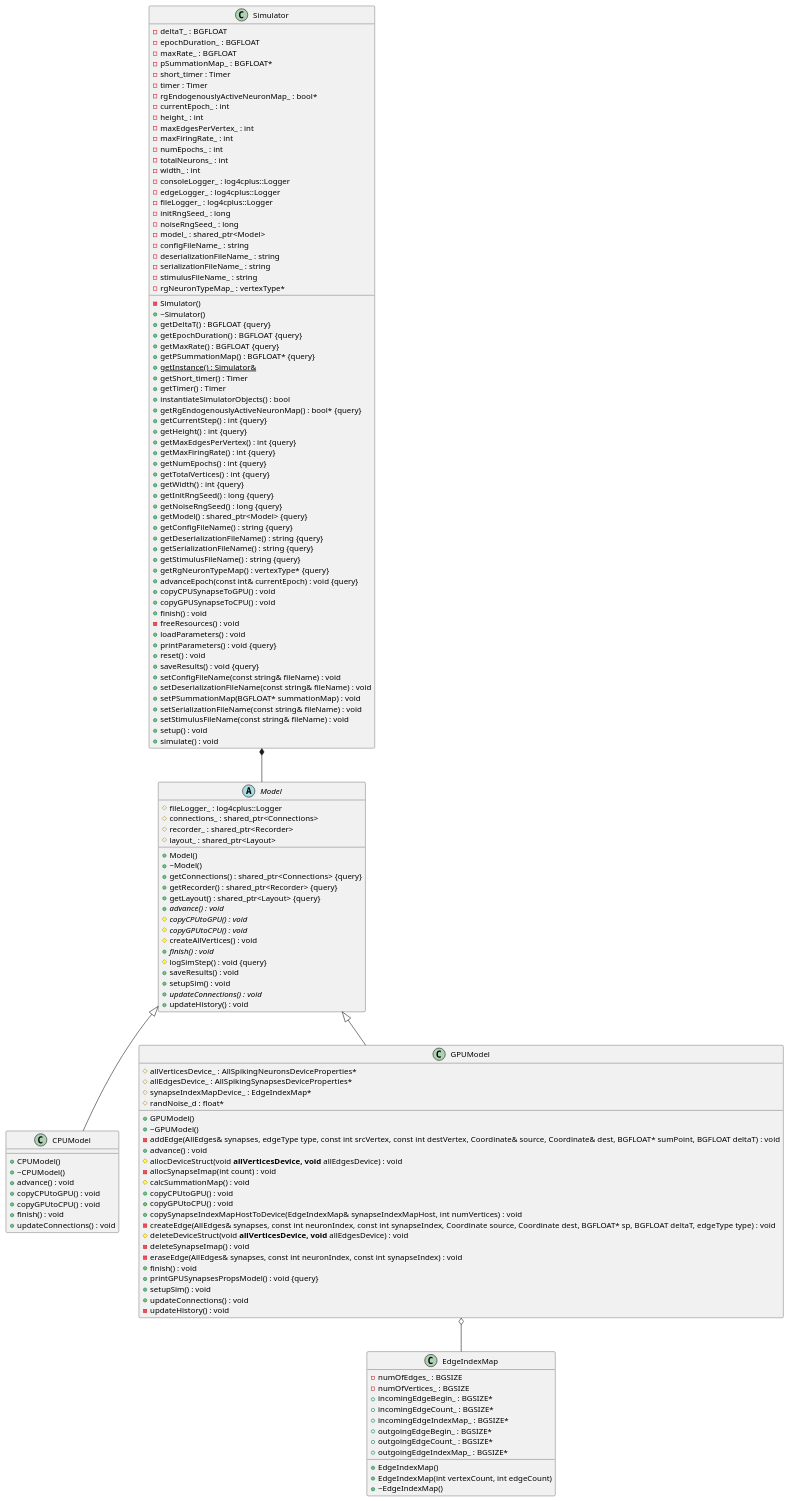
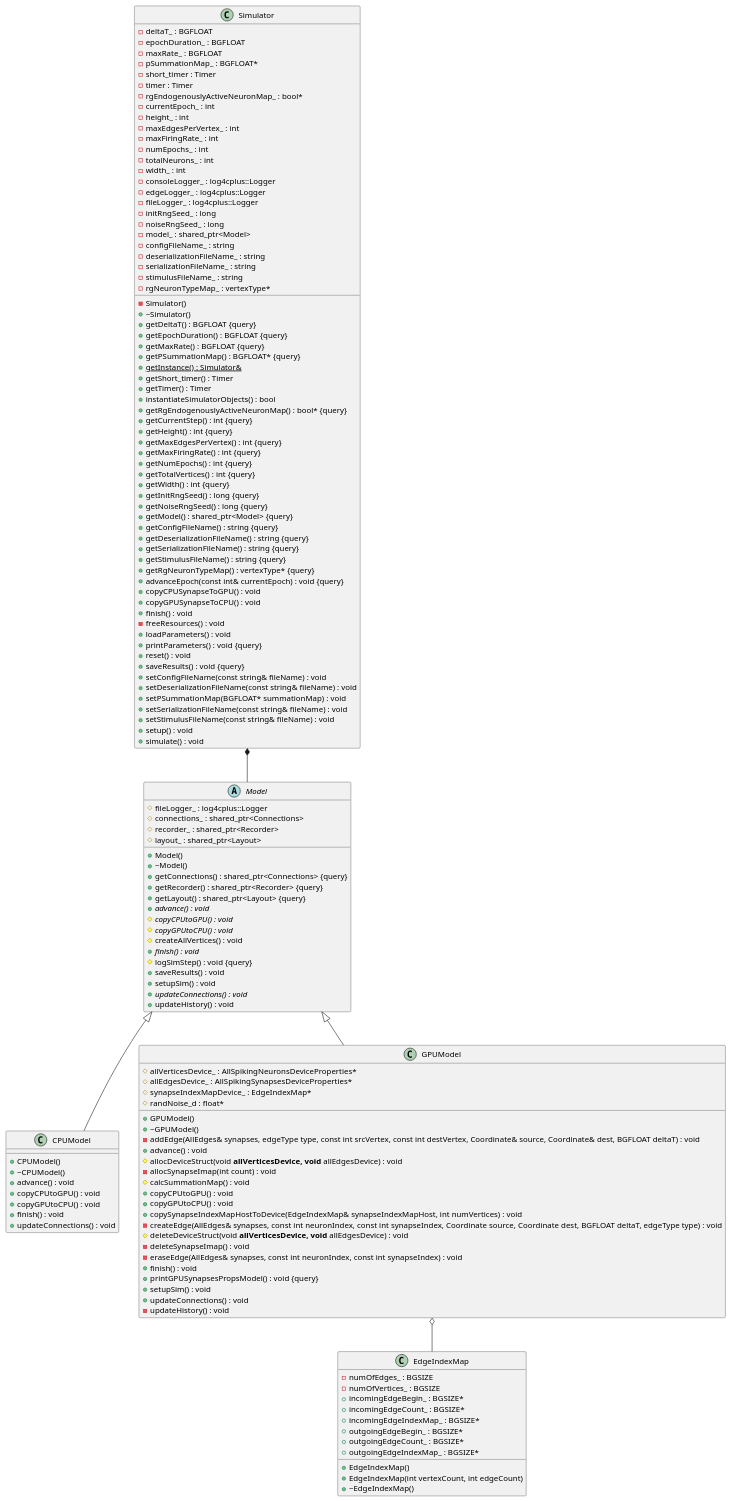
One commit to UWB-Biocomputing/Graphitti changed the diagram in docs/Developer/ClassDiagrams/core.puml. Above: the diagram before and after it, drawn with PlantUML. The commit also changed 26 other files, not shown here.

Commit message:
Removed sumPoint parameter for create and add edge

```diff
--- a/docs/Developer/ClassDiagrams/core.puml
+++ b/docs/Developer/ClassDiagrams/core.puml
@@ -1,181 +1,181 @@
 @startuml GraphittiCoreClassDiagram
 
 
 
 
 
 /' Objects '/
 
 class CPUModel {
 	+CPUModel()
 	+~CPUModel()
 	+advance() : void
 	+copyCPUtoGPU() : void
 	+copyGPUtoCPU() : void
 	+finish() : void
 	+updateConnections() : void
 }
 
 
 class GPUModel {
 	+GPUModel()
 	+~GPUModel()
 	#allVerticesDevice_ : AllSpikingNeuronsDeviceProperties*
 	#allEdgesDevice_ : AllSpikingSynapsesDeviceProperties*
 	#synapseIndexMapDevice_ : EdgeIndexMap*
 	#randNoise_d : float*
-	-addEdge(AllEdges& synapses, edgeType type, const int srcVertex, const int destVertex, Coordinate& source, Coordinate& dest, BGFLOAT* sumPoint, BGFLOAT deltaT) : void
+	-addEdge(AllEdges& synapses, edgeType type, const int srcVertex, const int destVertex, Coordinate& source, Coordinate& dest, BGFLOAT deltaT) : void
 	+advance() : void
 	#allocDeviceStruct(void** allVerticesDevice, void** allEdgesDevice) : void
 	-allocSynapseImap(int count) : void
 	#calcSummationMap() : void
 	+copyCPUtoGPU() : void
 	+copyGPUtoCPU() : void
 	+copySynapseIndexMapHostToDevice(EdgeIndexMap& synapseIndexMapHost, int numVertices) : void
-	-createEdge(AllEdges& synapses, const int neuronIndex, const int synapseIndex, Coordinate source, Coordinate dest, BGFLOAT* sp, BGFLOAT deltaT, edgeType type) : void
+	-createEdge(AllEdges& synapses, const int neuronIndex, const int synapseIndex, Coordinate source, Coordinate dest, BGFLOAT deltaT, edgeType type) : void
 	#deleteDeviceStruct(void** allVerticesDevice, void** allEdgesDevice) : void
 	-deleteSynapseImap() : void
 	-eraseEdge(AllEdges& synapses, const int neuronIndex, const int synapseIndex) : void
 	+finish() : void
 	+printGPUSynapsesPropsModel() : void {query}
 	+setupSim() : void
 	+updateConnections() : void
 	-updateHistory() : void
 }
 
 
 abstract class Model {
 	+Model()
 	+~Model()
 	#fileLogger_ : log4cplus::Logger
 	#connections_ : shared_ptr<Connections>
 	+getConnections() : shared_ptr<Connections> {query}
 	+getRecorder() : shared_ptr<Recorder> {query}
 	#recorder_ : shared_ptr<Recorder>
 	+getLayout() : shared_ptr<Layout> {query}
 	#layout_ : shared_ptr<Layout>
 	+{abstract} advance() : void
 	#{abstract} copyCPUtoGPU() : void
 	#{abstract} copyGPUtoCPU() : void
 	#createAllVertices() : void
 	+{abstract} finish() : void
 	#logSimStep() : void {query}
 	+saveResults() : void
 	+setupSim() : void
 	+{abstract} updateConnections() : void
 	+updateHistory() : void
 }
 
 
 class Simulator {
 	-Simulator()
 	+~Simulator()
 	-deltaT_ : BGFLOAT
 	-epochDuration_ : BGFLOAT
 	+getDeltaT() : BGFLOAT {query}
 	+getEpochDuration() : BGFLOAT {query}
 	+getMaxRate() : BGFLOAT {query}
 	-maxRate_ : BGFLOAT
 	+getPSummationMap() : BGFLOAT* {query}
 	-pSummationMap_ : BGFLOAT*
 	+{static} getInstance() : Simulator&
 	+getShort_timer() : Timer
 	+getTimer() : Timer
 	-short_timer : Timer
 	-timer : Timer
 	+instantiateSimulatorObjects() : bool
 	+getRgEndogenouslyActiveNeuronMap() : bool* {query}
 	-rgEndogenouslyActiveNeuronMap_ : bool*
 	-currentEpoch_ : int
 	+getCurrentStep() : int {query}
 	+getHeight() : int {query}
 	+getMaxEdgesPerVertex() : int {query}
 	+getMaxFiringRate() : int {query}
 	+getNumEpochs() : int {query}
 	+getTotalVertices() : int {query}
 	+getWidth() : int {query}
 	-height_ : int
 	-maxEdgesPerVertex_ : int
 	-maxFiringRate_ : int
 	-numEpochs_ : int
 	-totalNeurons_ : int
 	-width_ : int
 	-consoleLogger_ : log4cplus::Logger
 	-edgeLogger_ : log4cplus::Logger
 	-fileLogger_ : log4cplus::Logger
 	+getInitRngSeed() : long {query}
 	+getNoiseRngSeed() : long {query}
 	-initRngSeed_ : long
 	-noiseRngSeed_ : long
 	+getModel() : shared_ptr<Model> {query}
 	-model_ : shared_ptr<Model>
 	-configFileName_ : string
 	-deserializationFileName_ : string
 	+getConfigFileName() : string {query}
 	+getDeserializationFileName() : string {query}
 	+getSerializationFileName() : string {query}
 	+getStimulusFileName() : string {query}
 	-serializationFileName_ : string
 	-stimulusFileName_ : string
 	+getRgNeuronTypeMap() : vertexType* {query}
 	-rgNeuronTypeMap_ : vertexType*
 	+advanceEpoch(const int& currentEpoch) : void {query}
 	+copyCPUSynapseToGPU() : void
 	+copyGPUSynapseToCPU() : void
 	+finish() : void
 	-freeResources() : void
 	+loadParameters() : void
 	+printParameters() : void {query}
 	+reset() : void
 	+saveResults() : void {query}
 	+setConfigFileName(const string& fileName) : void
 	+setDeserializationFileName(const string& fileName) : void
 	+setPSummationMap(BGFLOAT* summationMap) : void
 	+setSerializationFileName(const string& fileName) : void
 	+setStimulusFileName(const string& fileName) : void
 	+setup() : void
 	+simulate() : void
 }
 
 
 class EdgeIndexMap {
 	+EdgeIndexMap()
 	+EdgeIndexMap(int vertexCount, int edgeCount)
 	+~EdgeIndexMap()
 	-numOfEdges_ : BGSIZE
 	-numOfVertices_ : BGSIZE
 	+incomingEdgeBegin_ : BGSIZE*
 	+incomingEdgeCount_ : BGSIZE*
 	+incomingEdgeIndexMap_ : BGSIZE*
 	+outgoingEdgeBegin_ : BGSIZE*
 	+outgoingEdgeCount_ : BGSIZE*
 	+outgoingEdgeIndexMap_ : BGSIZE*
 }
 
 
 
 
 
 /' Inheritance relationships '/
 
 .Model <|-- .CPUModel
 
 
 .Model <|-- .GPUModel
 
 
 
 
 
 /' Aggregation relationships '/
 
 .GPUModel o-- .EdgeIndexMap
 
 .Simulator *-- .Model
 
 
 
 
 
 
 @enduml
```
